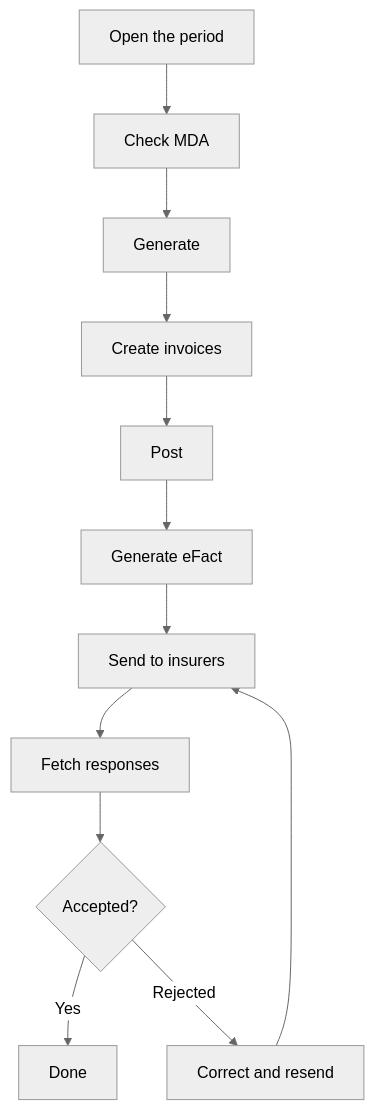
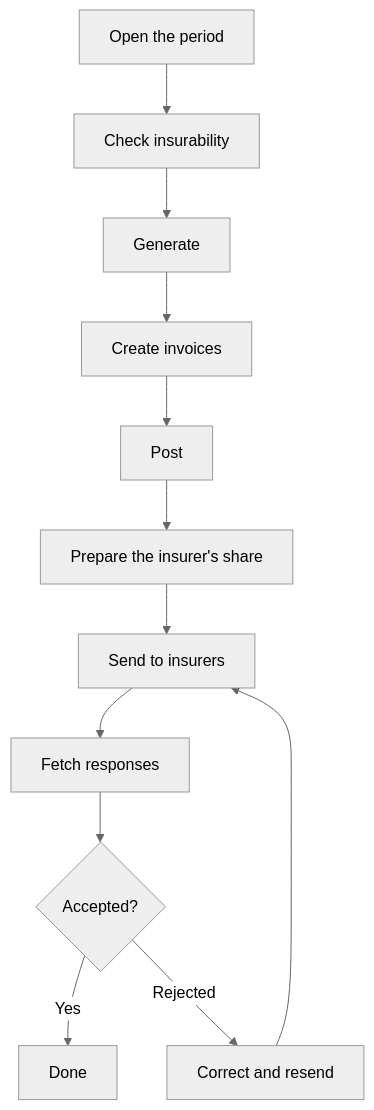
Before and after one commit to lplg-europe/resthome-documentation: the diagram in content/facturation/facturer-un-mois.md, drawn with Mermaid (neutral theme). The commit also changed other lines of this file and 461 other files, not shown here.

````diff
--- a/content/facturation/facturer-un-mois.md
+++ b/content/facturation/facturer-un-mois.md
@@ -107,14 +114,14 @@
 ```mermaid
 graph TD
-  A[Open the period] --> B[Check MDA]
+  A[Open the period] --> B[Check insurability]
   B --> C[Generate]
   C --> D[Create invoices]
   D --> E[Post]
-  E --> F[Generate eFact]
+  E --> F[Prepare the insurer's share]
   F --> G[Send to insurers]
   G --> H[Fetch responses]
   H --> I{Accepted?}
   I -->|Yes| J[Done]
   I -->|Rejected| K[Correct and resend]
   K --> G
 ```
````
